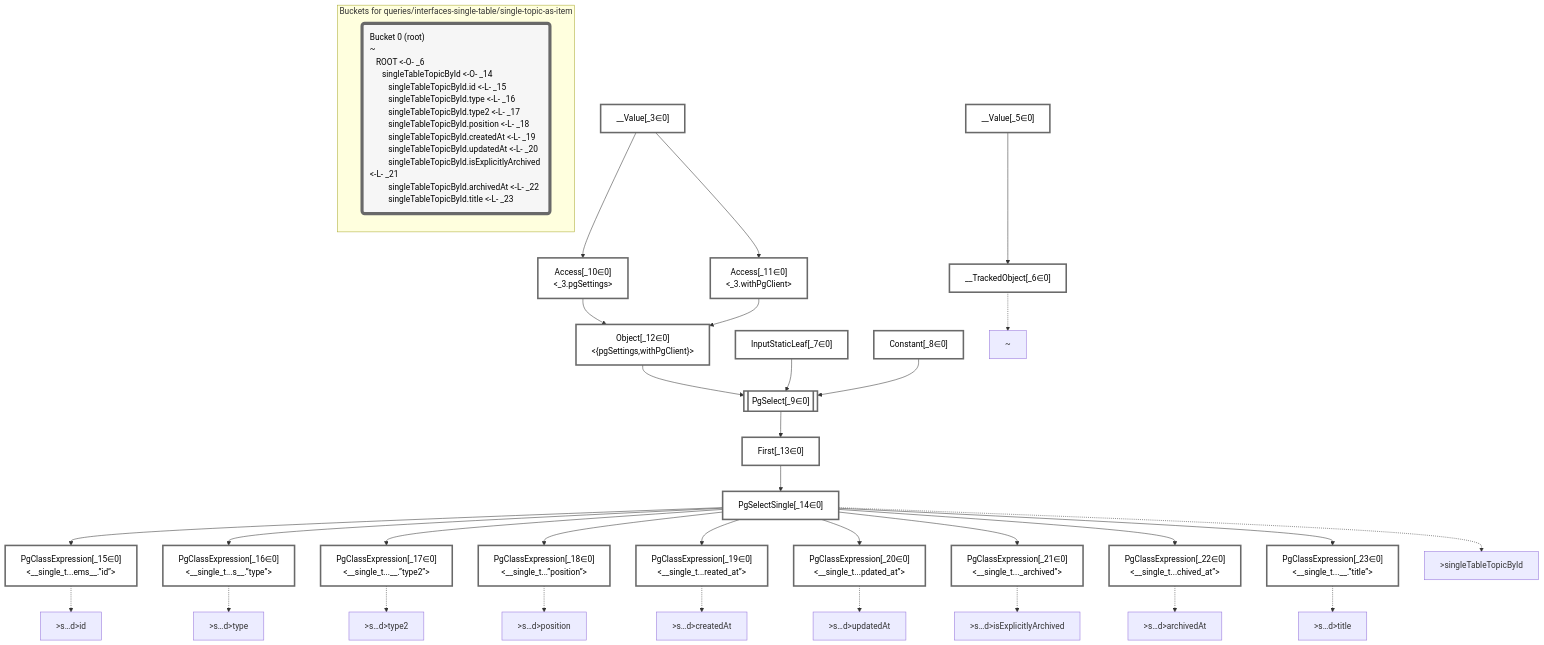
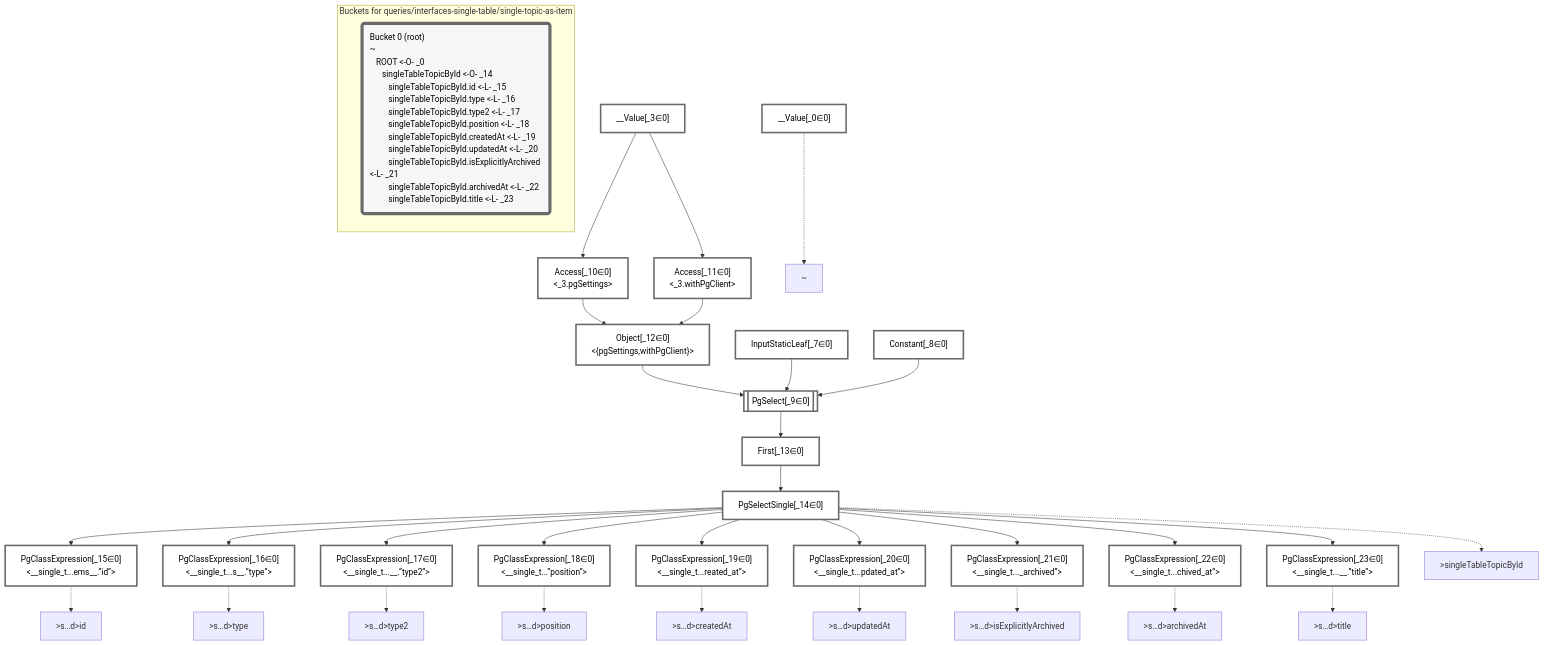
Before and after one commit to graphile/crystal: the diagram in packages/dataplan-pg/__tests__/queries/interfaces-single-table/single-topic-as-item.mermaid.md, drawn with Mermaid. The commit also changed 193 other files, not shown here.

Commit message:
Update test plan snapshots with new root plan

````diff
--- a/packages/dataplan-pg/__tests__/queries/interfaces-single-table/single-topic-as-item.mermaid.md
+++ b/packages/dataplan-pg/__tests__/queries/interfaces-single-table/single-topic-as-item.mermaid.md
@@ -8,9 +8,8 @@
 
 
     %% define plans
+    __Value_0["__Value[_0∈0]"]:::plan
     __Value_3["__Value[_3∈0]<br /><context>"]:::plan
-    __Value_5["__Value[_5∈0]<br /><rootValue>"]:::plan
-    __TrackedObject_6["__TrackedObject[_6∈0]"]:::plan
     InputStaticLeaf_7["InputStaticLeaf[_7∈0]"]:::plan
     Constant_8["Constant[_8∈0]"]:::plan
     PgSelect_9[["PgSelect[_9∈0]<br /><single_table_items>"]]:::plan
@@ -30,7 +29,6 @@
     PgClassExpression_23["PgClassExpression[_23∈0]<br /><__single_t...__.”title”>"]:::plan
 
     %% plan dependencies
-    __Value_5 --> __TrackedObject_6
     Object_12 --> PgSelect_9
     InputStaticLeaf_7 --> PgSelect_9
     Constant_8 --> PgSelect_9
@@ -51,8 +49,8 @@
     PgSelectSingle_14 --> PgClassExpression_23
 
     %% plan-to-path relationships
-    P_6["~"]
-    __TrackedObject_6 -.-> P_6
+    P_0["~"]
+    __Value_0 -.-> P_0
     P_14[">singleTableTopicById"]
     PgSelectSingle_14 -.-> P_14
     P_15[">s…d>id"]
@@ -76,10 +74,10 @@
 
     %% allocate buckets
     classDef bucket0 stroke:#696969
-    class __Value_3,__Value_5,__TrackedObject_6,InputStaticLeaf_7,Constant_8,PgSelect_9,Access_10,Access_11,Object_12,First_13,PgSelectSingle_14,PgClassExpression_15,PgClassExpression_16,PgClassExpression_17,PgClassExpression_18,PgClassExpression_19,PgClassExpression_20,PgClassExpression_21,PgClassExpression_22,PgClassExpression_23 bucket0
+    class __Value_0,__Value_3,InputStaticLeaf_7,Constant_8,PgSelect_9,Access_10,Access_11,Object_12,First_13,PgSelectSingle_14,PgClassExpression_15,PgClassExpression_16,PgClassExpression_17,PgClassExpression_18,PgClassExpression_19,PgClassExpression_20,PgClassExpression_21,PgClassExpression_22,PgClassExpression_23 bucket0
 
     subgraph "Buckets for queries/interfaces-single-table/single-topic-as-item"
-    Bucket0("Bucket 0 (root)<br />~<br />⠀ROOT <-O- _6<br />⠀⠀singleTableTopicById <-O- _14<br />⠀⠀⠀singleTableTopicById.id <-L- _15<br />⠀⠀⠀singleTableTopicById.type <-L- _16<br />⠀⠀⠀singleTableTopicById.type2 <-L- _17<br />⠀⠀⠀singleTableTopicById.position <-L- _18<br />⠀⠀⠀singleTableTopicById.createdAt <-L- _19<br />⠀⠀⠀singleTableTopicById.updatedAt <-L- _20<br />⠀⠀⠀singleTableTopicById.isExplicitlyArchived <-L- _21<br />⠀⠀⠀singleTableTopicById.archivedAt <-L- _22<br />⠀⠀⠀singleTableTopicById.title <-L- _23"):::bucket
+    Bucket0("Bucket 0 (root)<br />~<br />⠀ROOT <-O- _0<br />⠀⠀singleTableTopicById <-O- _14<br />⠀⠀⠀singleTableTopicById.id <-L- _15<br />⠀⠀⠀singleTableTopicById.type <-L- _16<br />⠀⠀⠀singleTableTopicById.type2 <-L- _17<br />⠀⠀⠀singleTableTopicById.position <-L- _18<br />⠀⠀⠀singleTableTopicById.createdAt <-L- _19<br />⠀⠀⠀singleTableTopicById.updatedAt <-L- _20<br />⠀⠀⠀singleTableTopicById.isExplicitlyArchived <-L- _21<br />⠀⠀⠀singleTableTopicById.archivedAt <-L- _22<br />⠀⠀⠀singleTableTopicById.title <-L- _23"):::bucket
     style Bucket0 stroke:#696969
     end
 ```
````
